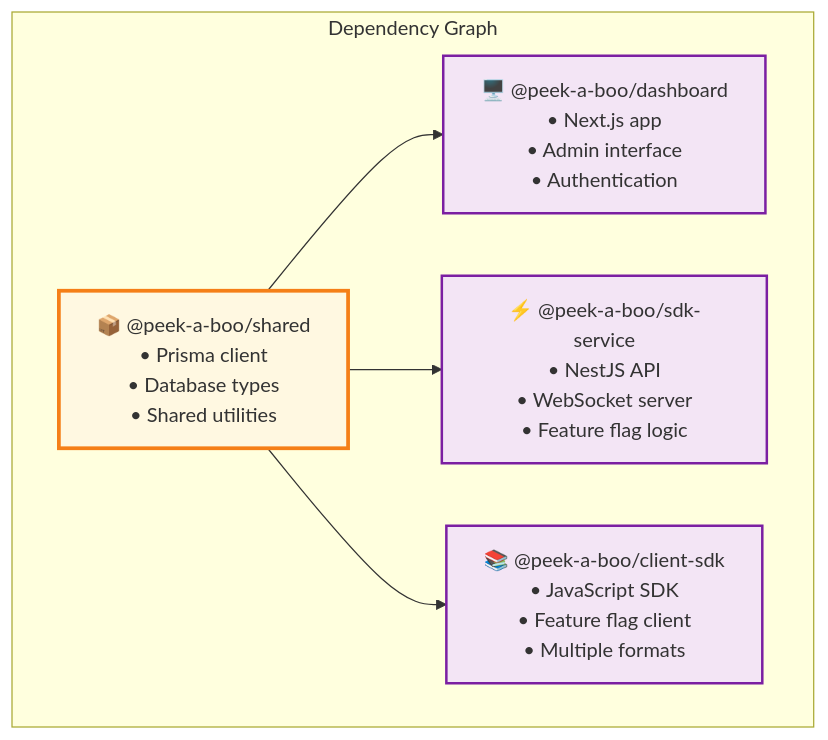
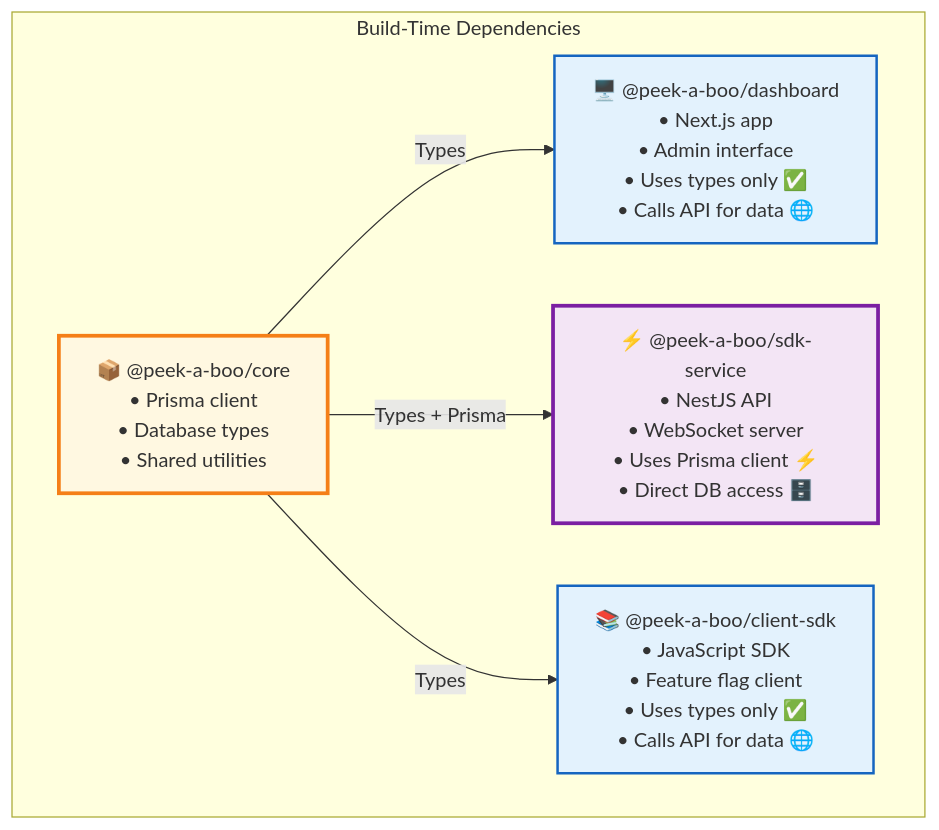
One commit to mariobrusarosco/peek-a-boo changed the fourth of 7 diagrams in docs/architecture-diagrams.md. Above: the diagram before and after it, drawn with Mermaid. The commit also changed other lines of this file and 5 other files, not shown here.

````diff
--- a/docs/architecture-diagrams.md
+++ b/docs/architecture-diagrams.md
@@ -99,22 +100,24 @@
 ```mermaid
 graph TD
-    subgraph "Dependency Graph"
-        Shared["📦 @peek-a-boo/shared<br/>• Prisma client<br/>• Database types<br/>• Shared utilities"]
-        
-        Dashboard["🖥️ @peek-a-boo/dashboard<br/>• Next.js app<br/>• Admin interface<br/>• Authentication"]
-        
-        SDKService["⚡ @peek-a-boo/sdk-service<br/>• NestJS API<br/>• WebSocket server<br/>• Feature flag logic"]
-        
-        ClientSDK["📚 @peek-a-boo/client-sdk<br/>• JavaScript SDK<br/>• Feature flag client<br/>• Multiple formats"]
+    subgraph "Build-Time Dependencies"
+        Core["📦 @peek-a-boo/core<br/>• Prisma client<br/>• Database types<br/>• Shared utilities"]
+
+        Dashboard["🖥️ @peek-a-boo/dashboard<br/>• Next.js app<br/>• Admin interface<br/>• Uses types only ✅<br/>• Calls API for data 🌐"]
+
+        SDKService["⚡ @peek-a-boo/sdk-service<br/>• NestJS API<br/>• WebSocket server<br/>• Uses Prisma client ⚡<br/>• Direct DB access 🗄️"]
+
+        ClientSDK["📚 @peek-a-boo/client-sdk<br/>• JavaScript SDK<br/>• Feature flag client<br/>• Uses types only ✅<br/>• Calls API for data 🌐"]
     end
-    
-    Shared --> Dashboard
-    Shared --> SDKService  
-    Shared --> ClientSDK
-    
-    classDef shared fill:#fff8e1,stroke:#f57f17,stroke-width:3px
-    classDef dependent fill:#f3e5f5,stroke:#7b1fa2,stroke-width:2px
-    
-    class Shared shared
-    class Dashboard,SDKService,ClientSDK dependent
+
+    Core -->|Types| Dashboard
+    Core -->|Types + Prisma| SDKService
+    Core -->|Types| ClientSDK
+
+    classDef core fill:#fff8e1,stroke:#f57f17,stroke-width:3px
+    classDef apiConsumer fill:#e3f2fd,stroke:#1565c0,stroke-width:2px
+    classDef dbConsumer fill:#f3e5f5,stroke:#7b1fa2,stroke-width:3px
+
+    class Core core
+    class Dashboard,ClientSDK apiConsumer
+    class SDKService dbConsumer
 ```
````
